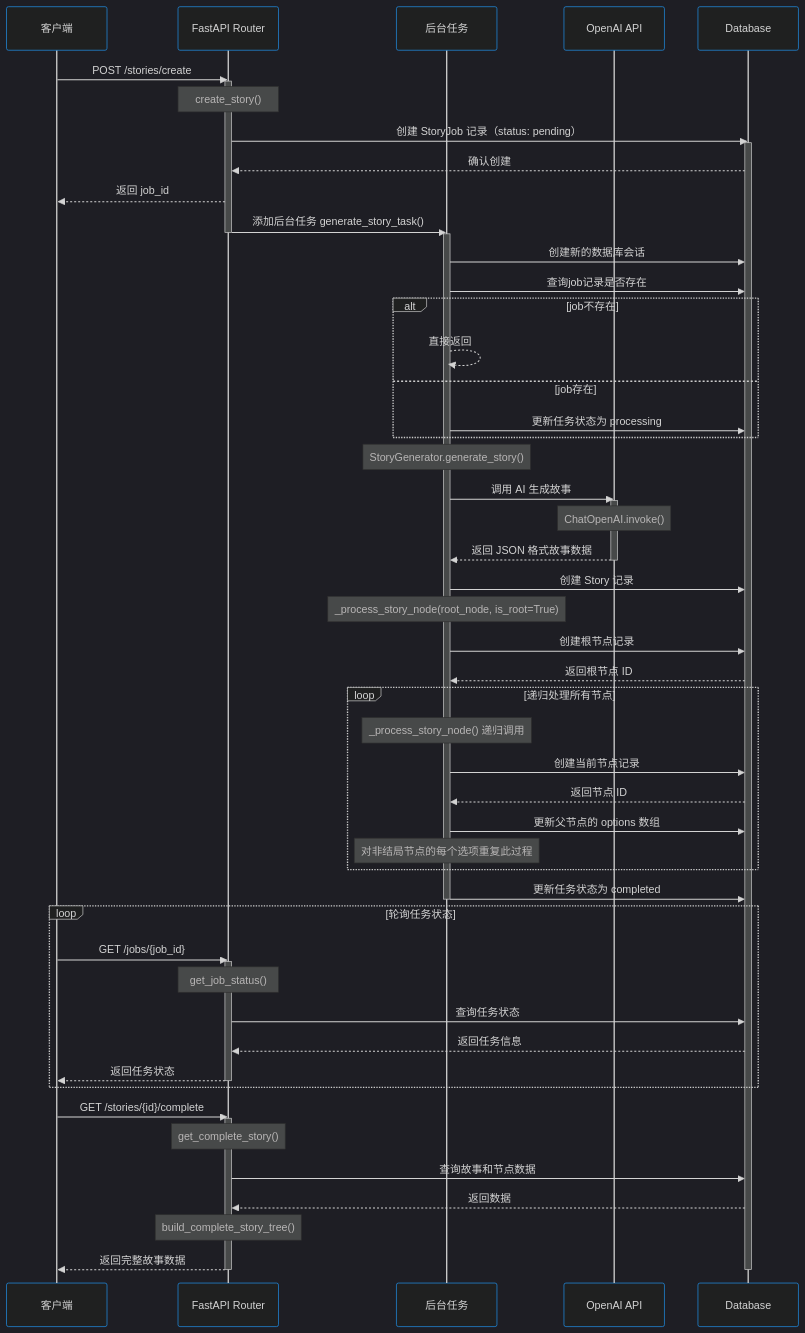
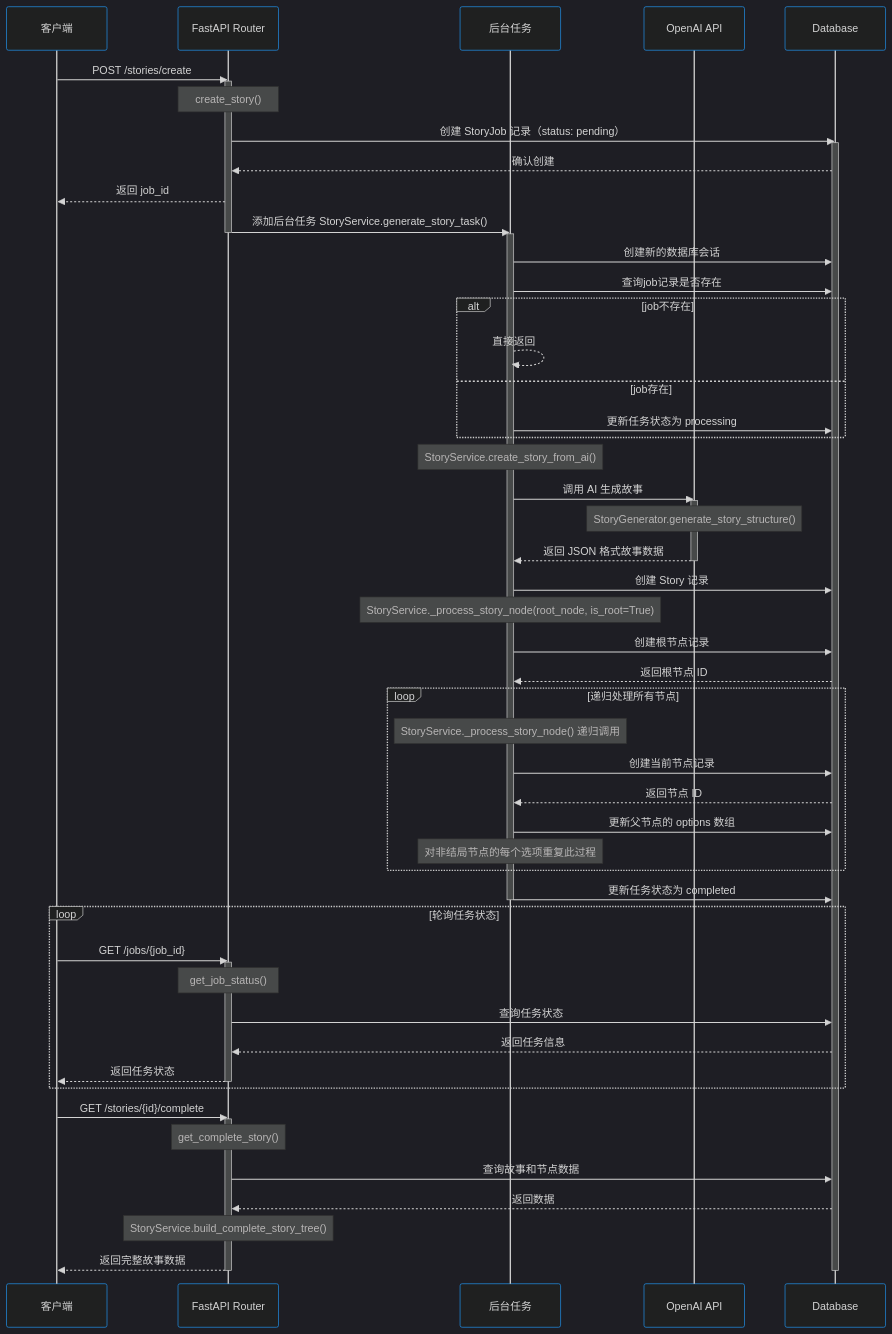
Before and after one commit to RRRuby1225/Generate_Your_ADV_CN: the third of 4 diagrams in README.md, drawn with Mermaid. The commit also changed other lines of this file, not shown here.

```diff
--- a/README.md
+++ b/README.md
@@ -250,33 +250,33 @@
     
     API-->>C: 返回 job_id
     
-    API->>BT: 添加后台任务 generate_story_task()
+    API->>BT: 添加后台任务 StoryService.generate_story_task()
     deactivate API
     
     activate BT
     BT->>DB: 创建新的数据库会话
-BT->>DB: 查询job记录是否存在
-alt job不存在
-    BT-->>BT: 直接返回
-else job存在
-    BT->>DB: 更新任务状态为 processing
-end
+    BT->>DB: 查询job记录是否存在
+    alt job不存在
+        BT-->>BT: 直接返回
+    else job存在
+        BT->>DB: 更新任务状态为 processing
+    end
     
-    Note over BT: StoryGenerator.generate_story()
+    Note over BT: StoryService.create_story_from_ai()
     BT->>AI: 调用 AI 生成故事
     activate AI
-    Note over AI: ChatOpenAI.invoke()
+    Note over AI: StoryGenerator.generate_story_structure()
     AI-->>BT: 返回 JSON 格式故事数据
     deactivate AI
     
     BT->>DB: 创建 Story 记录
     
-    Note over BT: _process_story_node(root_node, is_root=True)
+    Note over BT: StoryService._process_story_node(root_node, is_root=True)
     BT->>DB: 创建根节点记录
     DB-->>BT: 返回根节点 ID
 
     loop 递归处理所有节点
-        Note over BT: _process_story_node() 递归调用
+        Note over BT: StoryService._process_story_node() 递归调用
         BT->>DB: 创建当前节点记录
         DB-->>BT: 返回节点 ID
         BT->>DB: 更新父节点的 options 数组
@@ -302,7 +302,7 @@
     API->>DB: 查询故事和节点数据
     DB-->>API: 返回数据
     
-    Note over API: build_complete_story_tree()
+    Note over API: StoryService.build_complete_story_tree()
     
     API-->>C: 返回完整故事数据
     deactivate API
```
